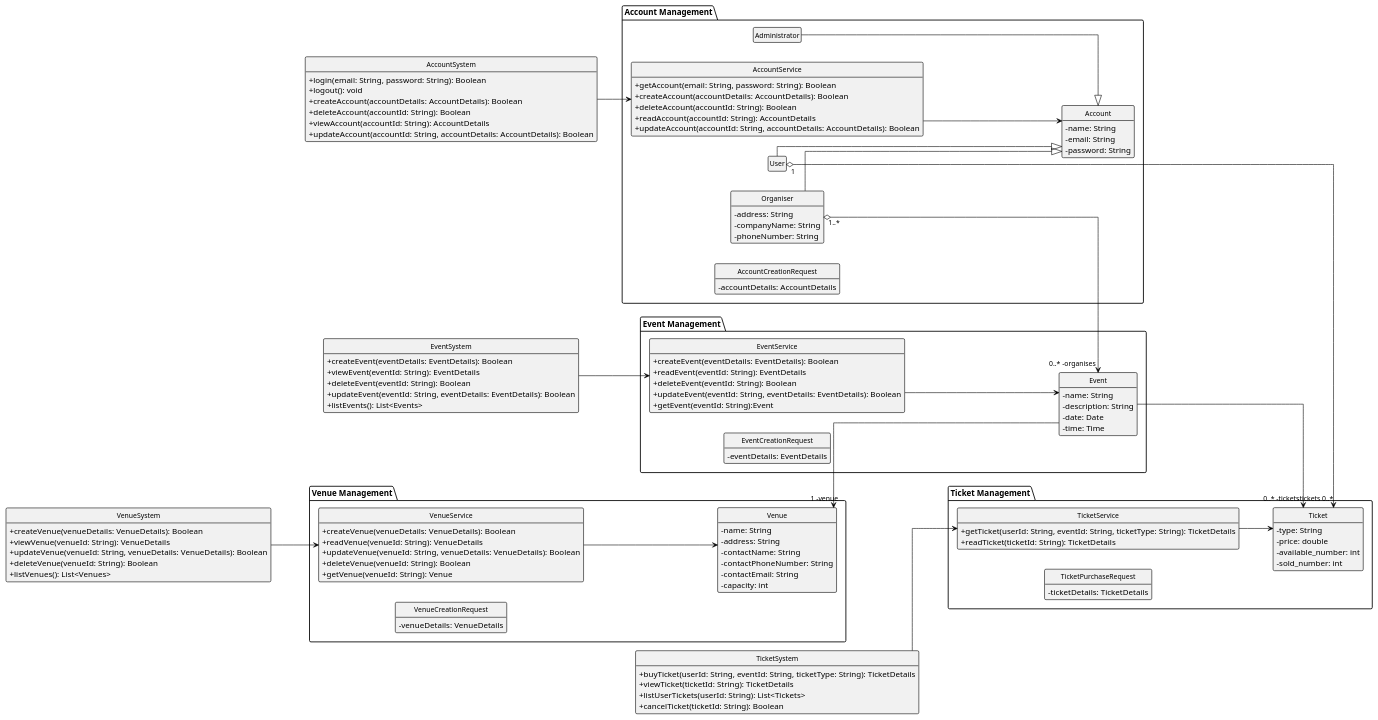
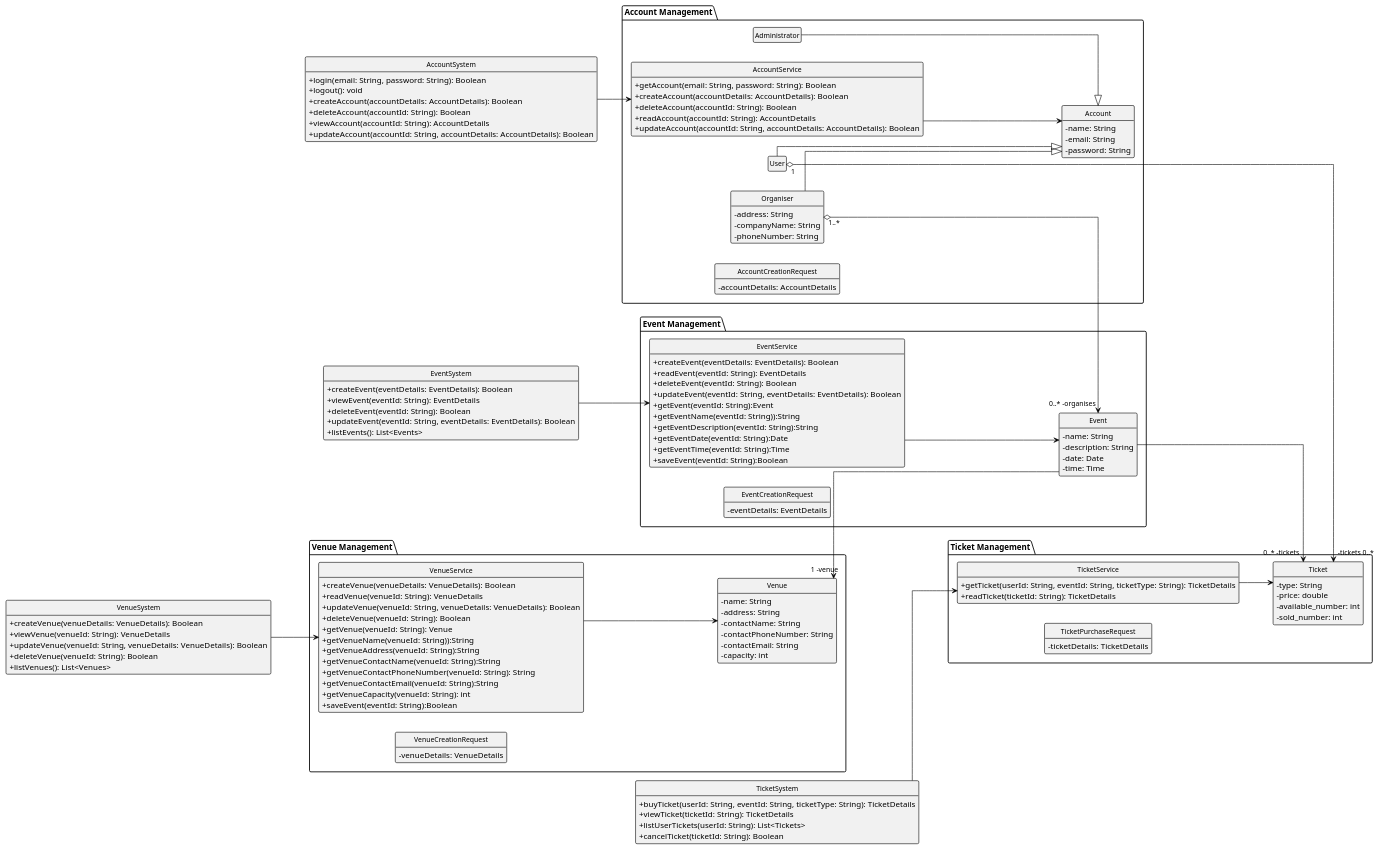
The diagram in 02-analysis/class-diagram/classDiagram.plantuml (MolimoWang/EventManagementSystem), drawn with PlantUML before and after one commit.

Commit message:
update class diagram about event and venue

```diff
--- a/02-analysis/class-diagram/classDiagram.plantuml
+++ b/02-analysis/class-diagram/classDiagram.plantuml
@@ -1,176 +1,189 @@
 @startuml
 left to right direction
 skinparam monochrome true
 skinparam backgroundColor white
 skinparam shadowing false
 skinparam linetype ortho
 skinparam lineThickness 3   ' Thickness of line
 skinparam noteMargin 30     ' Margins for comments
 skinparam ranksep 100        ' Control vertical spacing
 skinparam nodesep 200        ' Control horizontal spacing
 skinparam classFontSize 12
 skinparam ArrowFontSize 12
 skinparam classBorderThickness 1
 skinparam classAttributeIconSize 0
 
 hide class circle
 hide empty members
 hide stereotypes
 
 skinparam class {
     BorderColor black
     ArrowColor black
     FontColor black
     FontName Arial
     FontSize 12
 }
 
 ' Account Management Group
 package "Account Management" {
     class Account {
         - name: String
         - email: String
         - password: String
     }
     class Administrator {
     }
     class Organiser {
         - address: String
         - companyName: String
         - phoneNumber: String
     }
     class User {
     }
 
     class AccountService {
         +getAccount(email: String, password: String): Boolean
         +createAccount(accountDetails: AccountDetails): Boolean
         +deleteAccount(accountId: String): Boolean
         +readAccount(accountId: String): AccountDetails
         +updateAccount(accountId: String, accountDetails: AccountDetails): Boolean
+
     }
 
     class AccountCreationRequest {
         - accountDetails: AccountDetails
     }
 
     Administrator --|> Account
     Organiser --|> Account
     User --|> Account
     AccountService --> Account
 }
 
 ' Venue Management Group
 package "Venue Management" {
     class Venue {
         - name: String
         - address: String
         - contactName: String
         - contactPhoneNumber: String
         - contactEmail: String
         - capacity: int
     }
 
     class VenueService {
         +createVenue(venueDetails: VenueDetails): Boolean
         +readVenue(venueId: String): VenueDetails
         +updateVenue(venueId: String, venueDetails: VenueDetails): Boolean
         +deleteVenue(venueId: String): Boolean
         +getVenue(venueId: String): Venue
+        +getVenueName(venueId: String)):String
+        +getVenueAddress(venueId: String):String
+        +getVenueContactName(venueId: String):String
+        +getVenueContactPhoneNumber(venueId: String): String
+        +getVenueContactEmail(venueId: String):String
+        +getVenueCapacity(venueId: String): int
+        +saveEvent(eventId: String):Boolean
     }
 
     class VenueCreationRequest {
         - venueDetails: VenueDetails
     }
 
     VenueService --> Venue
 }
 
 ' Event Management Group
 package "Event Management" {
     class Event {
         - name: String
         - description: String
         - date: Date
         - time: Time
     }
 
     class EventService {
         +createEvent(eventDetails: EventDetails): Boolean
         +readEvent(eventId: String): EventDetails
         +deleteEvent(eventId: String): Boolean
         +updateEvent(eventId: String, eventDetails: EventDetails): Boolean
         +getEvent(eventId: String):Event
+        +getEventName(eventId: String)):String
+        +getEventDescription(eventId: String):String
+        +getEventDate(eventId: String):Date
+        +getEventTime(eventId: String):Time
+        +saveEvent(eventId: String):Boolean
     }
 
     class EventCreationRequest {
         - eventDetails: EventDetails
     }
 
     Venue "1 -venue" <-- Event
     EventService --> Event
 }
 
 ' Ticket Management Group
 package "Ticket Management" {
     class Ticket {
         - type: String
         - price: double
         - available_number: int
         - sold_number: int
     }
 
     class TicketService {
         +getTicket(userId: String, eventId: String, ticketType: String): TicketDetails
         +readTicket(ticketId: String): TicketDetails
     }
 
     class TicketPurchaseRequest {
         - ticketDetails: TicketDetails
     }
 
     Event --> "0..* -tickets" Ticket
     TicketService --> Ticket
 }
 
 ' System classes for each module
 class AccountSystem {
     +login(email: String, password: String): Boolean
     +logout(): void
     +createAccount(accountDetails: AccountDetails): Boolean
     +deleteAccount(accountId: String): Boolean
     +viewAccount(accountId: String): AccountDetails
     +updateAccount(accountId: String, accountDetails: AccountDetails): Boolean
 }
 AccountSystem --> AccountService
 
 class VenueSystem {
     +createVenue(venueDetails: VenueDetails): Boolean
     +viewVenue(venueId: String): VenueDetails
     +updateVenue(venueId: String, venueDetails: VenueDetails): Boolean
     +deleteVenue(venueId: String): Boolean
     +listVenues(): List<Venues>
 }
 VenueSystem --> VenueService
 
 class EventSystem {
     +createEvent(eventDetails: EventDetails): Boolean
     +viewEvent(eventId: String): EventDetails
     +deleteEvent(eventId: String): Boolean
     +updateEvent(eventId: String, eventDetails: EventDetails): Boolean
     +listEvents(): List<Events>
 }
 EventSystem --> EventService
 
 class TicketSystem {
     +buyTicket(userId: String, eventId: String, ticketType: String): TicketDetails
     +viewTicket(ticketId: String): TicketDetails
     +listUserTickets(userId: String): List<Tickets>
     +cancelTicket(ticketId: String): Boolean
 }
 TicketSystem --> TicketService
 
 Organiser "1..*" o--> "0..* -organises" Event
 User "1" o--> "-tickets 0..*" Ticket
 
 @enduml
```
